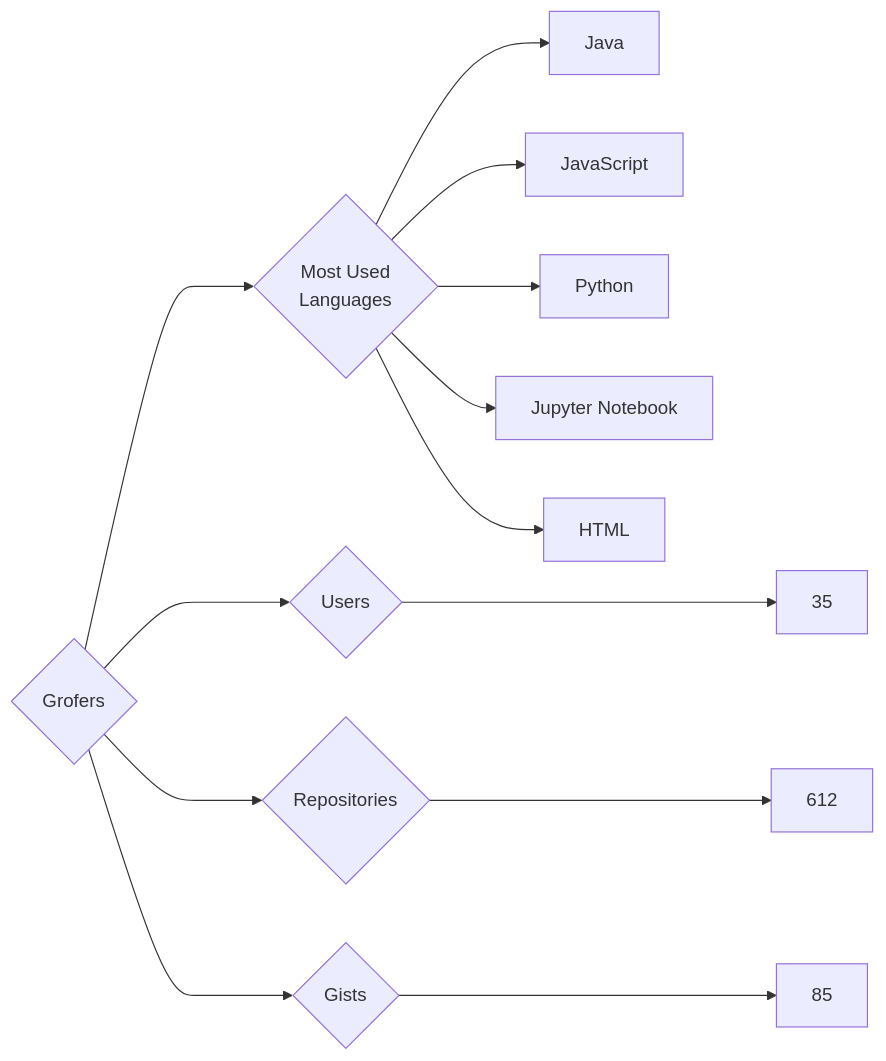
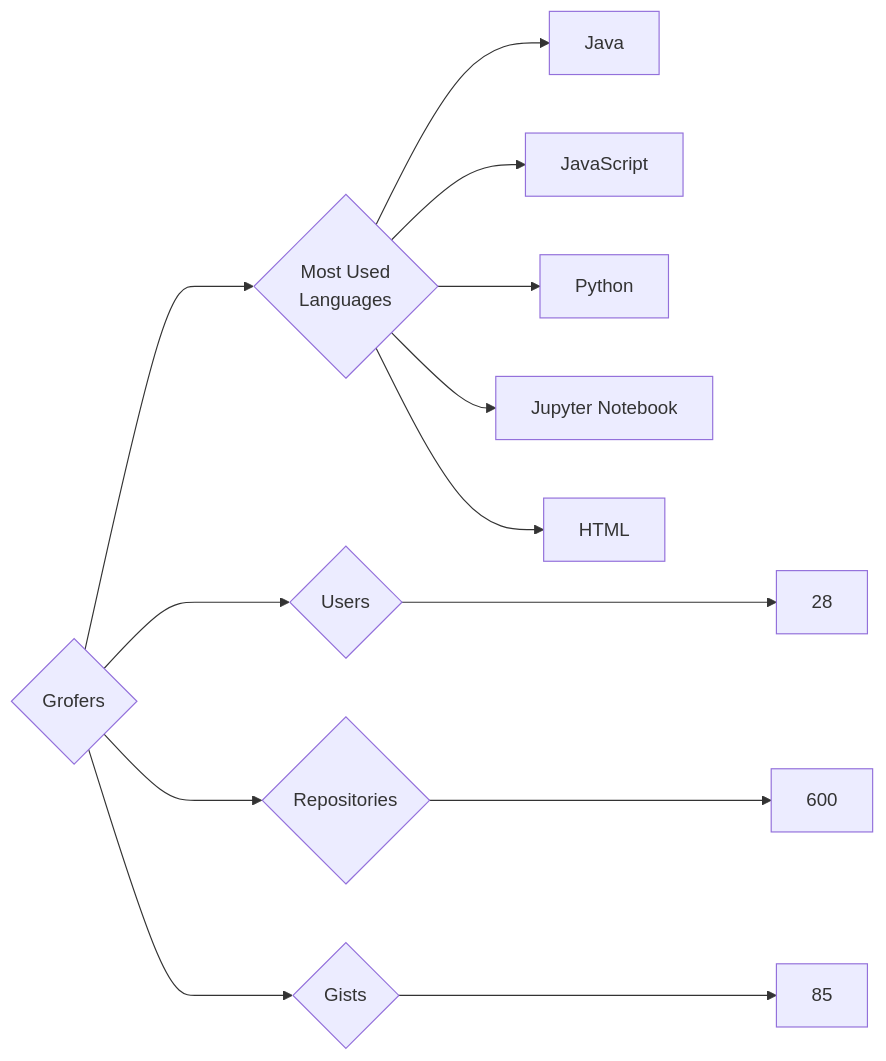
The diagram in targets/Grofers/README.md (trickest/insiders), drawn with Mermaid before and after one commit. The commit also changed 1020 other files, not shown here.

````diff
--- a/targets/Grofers/README.md
+++ b/targets/Grofers/README.md
@@ -3,13 +3,13 @@
 ```mermaid
 graph LR
 COMPANY_NAME{Grofers}
-COMPANY_NAME ---> U{Users} ---> UN[35]
-COMPANY_NAME ---> R{Repositories} ---> RN[612]
+COMPANY_NAME ---> U{Users} ---> UN[28]
+COMPANY_NAME ---> R{Repositories} ---> RN[600]
 COMPANY_NAME ---> G{Gists} ---> GN[85]
 COMPANY_NAME ---> ML{Most Used<br>Languages}
 ML --> Java[Java]
 ML --> JavaScript[JavaScript]
 ML --> Python[Python]
 ML --> Jupyter_Notebook[Jupyter Notebook]
 ML --> HTML[HTML]
 ```
````
